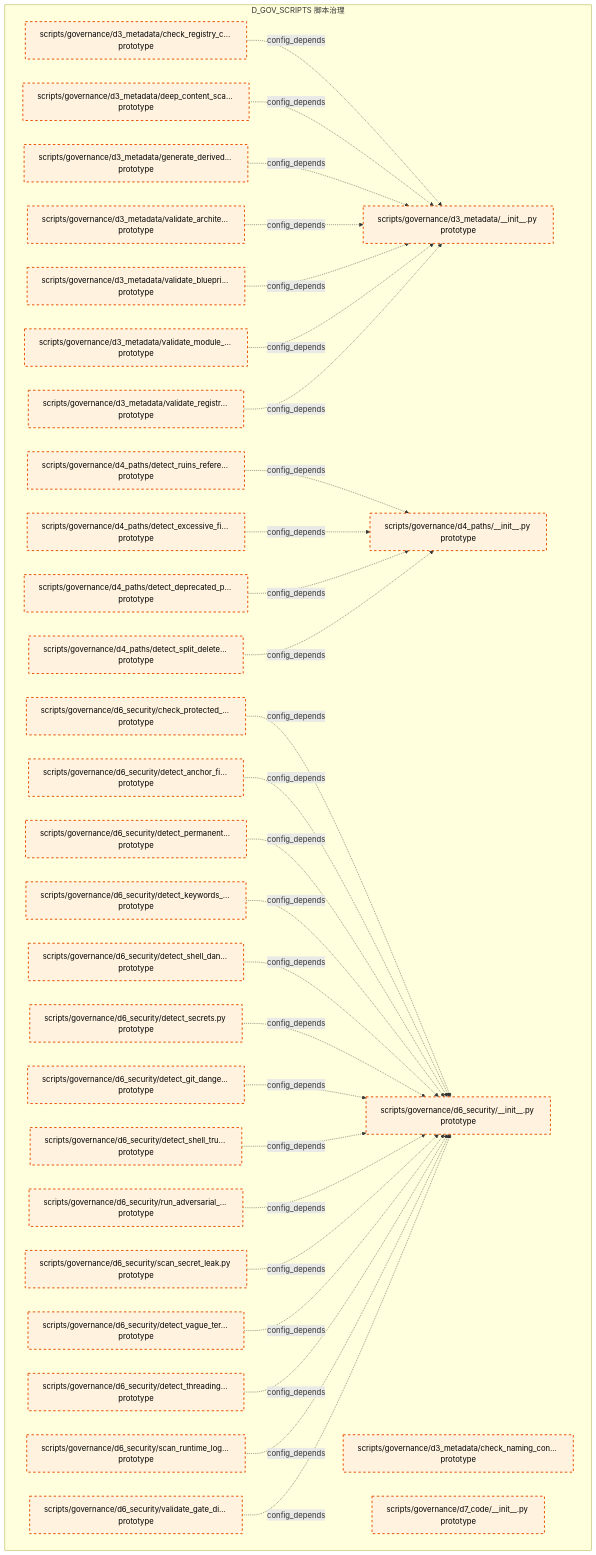
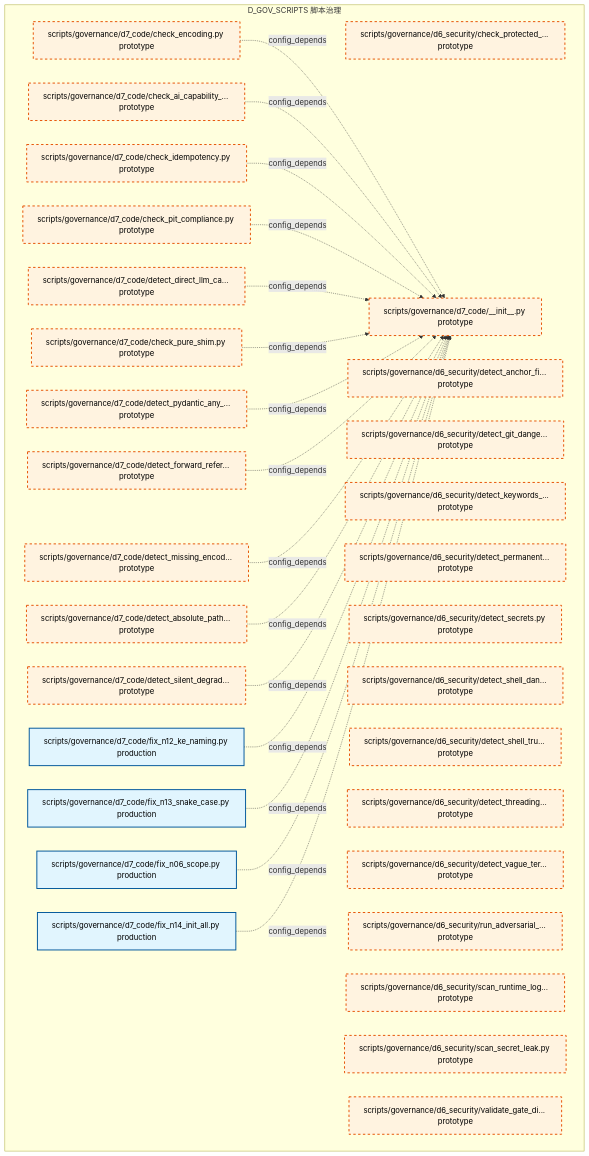
Before and after one commit to xuanFelixVan/ZephyrAlpha: the ninth of 14 diagrams in docs/02_enterprise_architecture/02_domain_architecture_docs/39_d_gov_scripts.md, drawn with Mermaid. The commit also changed other lines of this file and 105 other files, not shown here.

First line of the commit message:
chore(docs): auto-regenerate domain docs by GitCommitGateway post-commit

````diff
--- a/docs/02_enterprise_architecture/02_domain_architecture_docs/39_d_gov_scripts.md
+++ b/docs/02_enterprise_architecture/02_domain_architecture_docs/39_d_gov_scripts.md
@@ -452,65 +560,56 @@
 ```mermaid
 graph TD
     subgraph D_GOV_SCRIPTS["D_GOV_SCRIPTS 脚本治理"]
-        scripts_governance_d3_metadata_init_py["scripts/governance/d3_metadata/__init__.py prototype"]
-        scripts_governance_d3_metadata_check_naming_convention_py["scripts/governance/d3_metadata/check_naming_con... prototype"]
-        scripts_governance_d3_metadata_check_registry_consistency_py["scripts/governance/d3_metadata/check_registry_c... prototype"]
-        scripts_governance_d3_metadata_deep_content_scanner_py["scripts/governance/d3_metadata/deep_content_sca... prototype"]
-        scripts_governance_d3_metadata_generate_derived_files_py["scripts/governance/d3_metadata/generate_derived... prototype"]
-        scripts_governance_d3_metadata_validate_architecture_py["scripts/governance/d3_metadata/validate_archite... prototype"]
-        scripts_governance_d3_metadata_validate_blueprint_provenance_py["scripts/governance/d3_metadata/validate_bluepri... prototype"]
-        scripts_governance_d3_metadata_validate_module_id_py["scripts/governance/d3_metadata/validate_module_... prototype"]
-        scripts_governance_d3_metadata_validate_registry_master_index_py["scripts/governance/d3_metadata/validate_registr... prototype"]
-        scripts_governance_d4_paths_init_py["scripts/governance/d4_paths/__init__.py prototype"]
-        scripts_governance_d4_paths_detect_deprecated_path_writes_py["scripts/governance/d4_paths/detect_deprecated_p... prototype"]
-        scripts_governance_d4_paths_detect_excessive_file_moves_py["scripts/governance/d4_paths/detect_excessive_fi... prototype"]
-        scripts_governance_d4_paths_detect_ruins_references_py["scripts/governance/d4_paths/detect_ruins_refere... prototype"]
-        scripts_governance_d4_paths_detect_split_delete_ref_commit_py["scripts/governance/d4_paths/detect_split_delete... prototype"]
-        scripts_governance_d6_security_init_py["scripts/governance/d6_security/__init__.py prototype"]
         scripts_governance_d6_security_check_protected_paths_py["scripts/governance/d6_security/check_protected_... prototype"]
         scripts_governance_d6_security_detect_anchor_file_deletion_py["scripts/governance/d6_security/detect_anchor_fi... prototype"]
         scripts_governance_d6_security_detect_git_dangerous_py["scripts/governance/d6_security/detect_git_dange... prototype"]
         scripts_governance_d6_security_detect_keywords_in_logs_py["scripts/governance/d6_security/detect_keywords_... prototype"]
         scripts_governance_d6_security_detect_permanent_file_deletion_py["scripts/governance/d6_security/detect_permanent... prototype"]
         scripts_governance_d6_security_detect_secrets_py["scripts/governance/d6_security/detect_secrets.py prototype"]
         scripts_governance_d6_security_detect_shell_dangerous_py["scripts/governance/d6_security/detect_shell_dan... prototype"]
         scripts_governance_d6_security_detect_shell_true_py["scripts/governance/d6_security/detect_shell_tru... prototype"]
         scripts_governance_d6_security_detect_threading_lock_py["scripts/governance/d6_security/detect_threading... prototype"]
         scripts_governance_d6_security_detect_vague_terms_py["scripts/governance/d6_security/detect_vague_ter... prototype"]
         scripts_governance_d6_security_run_adversarial_checks_py["scripts/governance/d6_security/run_adversarial_... prototype"]
         scripts_governance_d6_security_scan_runtime_log_secrets_py["scripts/governance/d6_security/scan_runtime_log... prototype"]
         scripts_governance_d6_security_scan_secret_leak_py["scripts/governance/d6_security/scan_secret_leak.py prototype"]
         scripts_governance_d6_security_validate_gate_discipline_py["scripts/governance/d6_security/validate_gate_di... prototype"]
         scripts_governance_d7_code_init_py["scripts/governance/d7_code/__init__.py prototype"]
+        scripts_governance_d7_code_check_ai_capability_boundary_py["scripts/governance/d7_code/check_ai_capability_... prototype"]
+        scripts_governance_d7_code_check_encoding_py["scripts/governance/d7_code/check_encoding.py prototype"]
+        scripts_governance_d7_code_check_idempotency_py["scripts/governance/d7_code/check_idempotency.py prototype"]
+        scripts_governance_d7_code_check_pit_compliance_py["scripts/governance/d7_code/check_pit_compliance.py prototype"]
+        scripts_governance_d7_code_check_pure_shim_py["scripts/governance/d7_code/check_pure_shim.py prototype"]
+        scripts_governance_d7_code_detect_absolute_path_hardcoding_py["scripts/governance/d7_code/detect_absolute_path... prototype"]
+        scripts_governance_d7_code_detect_direct_llm_calls_py["scripts/governance/d7_code/detect_direct_llm_ca... prototype"]
+        scripts_governance_d7_code_detect_forward_reference_py["scripts/governance/d7_code/detect_forward_refer... prototype"]
+        scripts_governance_d7_code_detect_missing_encoding_py["scripts/governance/d7_code/detect_missing_encod... prototype"]
+        scripts_governance_d7_code_detect_pydantic_any_fields_py["scripts/governance/d7_code/detect_pydantic_any_... prototype"]
+        scripts_governance_d7_code_detect_silent_degradation_py["scripts/governance/d7_code/detect_silent_degrad... prototype"]
+        scripts_governance_d7_code_fix_n06_scope_py["scripts/governance/d7_code/fix_n06_scope.py production"]
+        scripts_governance_d7_code_fix_n12_ke_naming_py["scripts/governance/d7_code/fix_n12_ke_naming.py production"]
+        scripts_governance_d7_code_fix_n13_snake_case_py["scripts/governance/d7_code/fix_n13_snake_case.py production"]
+        scripts_governance_d7_code_fix_n14_init_all_py["scripts/governance/d7_code/fix_n14_init_all.py production"]
     end
-    scripts_governance_d3_metadata_check_registry_consistency_py -.->|config_depends| scripts_governance_d3_metadata_init_py
-    scripts_governance_d3_metadata_deep_content_scanner_py -.->|config_depends| scripts_governance_d3_metadata_init_py
-    scripts_governance_d3_metadata_generate_derived_files_py -.->|config_depends| scripts_governance_d3_metadata_init_py
-    scripts_governance_d3_metadata_validate_architecture_py -.->|config_depends| scripts_governance_d3_metadata_init_py
-    scripts_governance_d3_metadata_validate_blueprint_provenance_py -.->|config_depends| scripts_governance_d3_metadata_init_py
-    scripts_governance_d3_metadata_validate_module_id_py -.->|config_depends| scripts_governance_d3_metadata_init_py
-    scripts_governance_d3_metadata_validate_registry_master_index_py -.->|config_depends| scripts_governance_d3_metadata_init_py
-    scripts_governance_d4_paths_detect_ruins_references_py -.->|config_depends| scripts_governance_d4_paths_init_py
-    scripts_governance_d4_paths_detect_excessive_file_moves_py -.->|config_depends| scripts_governance_d4_paths_init_py
-    scripts_governance_d4_paths_detect_deprecated_path_writes_py -.->|config_depends| scripts_governance_d4_paths_init_py
-    scripts_governance_d4_paths_detect_split_delete_ref_commit_py -.->|config_depends| scripts_governance_d4_paths_init_py
-    scripts_governance_d6_security_check_protected_paths_py -.->|config_depends| scripts_governance_d6_security_init_py
-    scripts_governance_d6_security_detect_anchor_file_deletion_py -.->|config_depends| scripts_governance_d6_security_init_py
-    scripts_governance_d6_security_detect_permanent_file_deletion_py -.->|config_depends| scripts_governance_d6_security_init_py
-    scripts_governance_d6_security_detect_keywords_in_logs_py -.->|config_depends| scripts_governance_d6_security_init_py
-    scripts_governance_d6_security_detect_shell_dangerous_py -.->|config_depends| scripts_governance_d6_security_init_py
-    scripts_governance_d6_security_detect_secrets_py -.->|config_depends| scripts_governance_d6_security_init_py
-    scripts_governance_d6_security_detect_git_dangerous_py -.->|config_depends| scripts_governance_d6_security_init_py
-    scripts_governance_d6_security_detect_shell_true_py -.->|config_depends| scripts_governance_d6_security_init_py
-    scripts_governance_d6_security_run_adversarial_checks_py -.->|config_depends| scripts_governance_d6_security_init_py
-    scripts_governance_d6_security_scan_secret_leak_py -.->|config_depends| scripts_governance_d6_security_init_py
-    scripts_governance_d6_security_detect_vague_terms_py -.->|config_depends| scripts_governance_d6_security_init_py
-    scripts_governance_d6_security_detect_threading_lock_py -.->|config_depends| scripts_governance_d6_security_init_py
-    scripts_governance_d6_security_scan_runtime_log_secrets_py -.->|config_depends| scripts_governance_d6_security_init_py
-    scripts_governance_d6_security_validate_gate_discipline_py -.->|config_depends| scripts_governance_d6_security_init_py
+    scripts_governance_d7_code_check_encoding_py -.->|config_depends| scripts_governance_d7_code_init_py
+    scripts_governance_d7_code_check_ai_capability_boundary_py -.->|config_depends| scripts_governance_d7_code_init_py
+    scripts_governance_d7_code_check_idempotency_py -.->|config_depends| scripts_governance_d7_code_init_py
+    scripts_governance_d7_code_check_pit_compliance_py -.->|config_depends| scripts_governance_d7_code_init_py
+    scripts_governance_d7_code_detect_direct_llm_calls_py -.->|config_depends| scripts_governance_d7_code_init_py
+    scripts_governance_d7_code_check_pure_shim_py -.->|config_depends| scripts_governance_d7_code_init_py
+    scripts_governance_d7_code_detect_pydantic_any_fields_py -.->|config_depends| scripts_governance_d7_code_init_py
+    scripts_governance_d7_code_detect_forward_reference_py -.->|config_depends| scripts_governance_d7_code_init_py
+    scripts_governance_d7_code_detect_missing_encoding_py -.->|config_depends| scripts_governance_d7_code_init_py
+    scripts_governance_d7_code_detect_absolute_path_hardcoding_py -.->|config_depends| scripts_governance_d7_code_init_py
+    scripts_governance_d7_code_detect_silent_degradation_py -.->|config_depends| scripts_governance_d7_code_init_py
+    scripts_governance_d7_code_fix_n12_ke_naming_py -.->|config_depends| scripts_governance_d7_code_init_py
+    scripts_governance_d7_code_fix_n13_snake_case_py -.->|config_depends| scripts_governance_d7_code_init_py
+    scripts_governance_d7_code_fix_n06_scope_py -.->|config_depends| scripts_governance_d7_code_init_py
+    scripts_governance_d7_code_fix_n14_init_all_py -.->|config_depends| scripts_governance_d7_code_init_py
     classDef production fill:#e1f5fe,stroke:#01579b,stroke-width:2px,color:#000
     classDef design fill:#fff3e0,stroke:#e65100,stroke-width:2px,color:#000,stroke-dasharray: 5 5
     classDef external_prod fill:#e8f5e9,stroke:#1b5e20,stroke-width:1px,color:#000
     classDef external_design fill:#fce4ec,stroke:#880e4f,stroke-width:1px,color:#000,stroke-dasharray: 5 5
-    class scripts_governance_d3_metadata_init_py,scripts_governance_d3_metadata_check_naming_convention_py,scripts_governance_d3_metadata_check_registry_consistency_py,scripts_governance_d3_metadata_deep_content_scanner_py,scripts_governance_d3_metadata_generate_derived_files_py,scripts_governance_d3_metadata_validate_architecture_py,scripts_governance_d3_metadata_validate_blueprint_provenance_py,scripts_governance_d3_metadata_validate_module_id_py,scripts_governance_d3_metadata_validate_registry_master_index_py,scripts_governance_d4_paths_init_py,scripts_governance_d4_paths_detect_deprecated_path_writes_py,scripts_governance_d4_paths_detect_excessive_file_moves_py,scripts_governance_d4_paths_detect_ruins_references_py,scripts_governance_d4_paths_detect_split_delete_ref_commit_py,scripts_governance_d6_security_init_py,scripts_governance_d6_security_check_protected_paths_py,scripts_governance_d6_security_detect_anchor_file_deletion_py,scripts_governance_d6_security_detect_git_dangerous_py,scripts_governance_d6_security_detect_keywords_in_logs_py,scripts_governance_d6_security_detect_permanent_file_deletion_py,scripts_governance_d6_security_detect_secrets_py,scripts_governance_d6_security_detect_shell_dangerous_py,scripts_governance_d6_security_detect_shell_true_py,scripts_governance_d6_security_detect_threading_lock_py,scripts_governance_d6_security_detect_vague_terms_py,scripts_governance_d6_security_run_adversarial_checks_py,scripts_governance_d6_security_scan_runtime_log_secrets_py,scripts_governance_d6_security_scan_secret_leak_py,scripts_governance_d6_security_validate_gate_discipline_py,scripts_governance_d7_code_init_py design
+    class scripts_governance_d7_code_fix_n06_scope_py,scripts_governance_d7_code_fix_n12_ke_naming_py,scripts_governance_d7_code_fix_n13_snake_case_py,scripts_governance_d7_code_fix_n14_init_all_py production
+    class scripts_governance_d6_security_check_protected_paths_py,scripts_governance_d6_security_detect_anchor_file_deletion_py,scripts_governance_d6_security_detect_git_dangerous_py,scripts_governance_d6_security_detect_keywords_in_logs_py,scripts_governance_d6_security_detect_permanent_file_deletion_py,scripts_governance_d6_security_detect_secrets_py,scripts_governance_d6_security_detect_shell_dangerous_py,scripts_governance_d6_security_detect_shell_true_py,scripts_governance_d6_security_detect_threading_lock_py,scripts_governance_d6_security_detect_vague_terms_py,scripts_governance_d6_security_run_adversarial_checks_py,scripts_governance_d6_security_scan_runtime_log_secrets_py,scripts_governance_d6_security_scan_secret_leak_py,scripts_governance_d6_security_validate_gate_discipline_py,scripts_governance_d7_code_init_py,scripts_governance_d7_code_check_ai_capability_boundary_py,scripts_governance_d7_code_check_encoding_py,scripts_governance_d7_code_check_idempotency_py,scripts_governance_d7_code_check_pit_compliance_py,scripts_governance_d7_code_check_pure_shim_py,scripts_governance_d7_code_detect_absolute_path_hardcoding_py,scripts_governance_d7_code_detect_direct_llm_calls_py,scripts_governance_d7_code_detect_forward_reference_py,scripts_governance_d7_code_detect_missing_encoding_py,scripts_governance_d7_code_detect_pydantic_any_fields_py,scripts_governance_d7_code_detect_silent_degradation_py design
 ```
````
